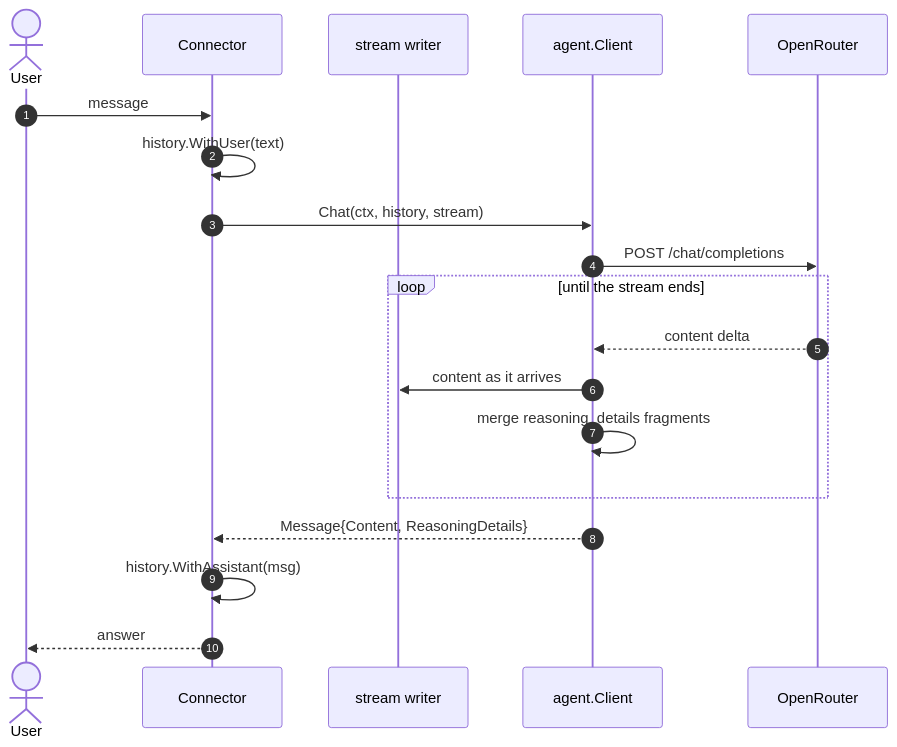
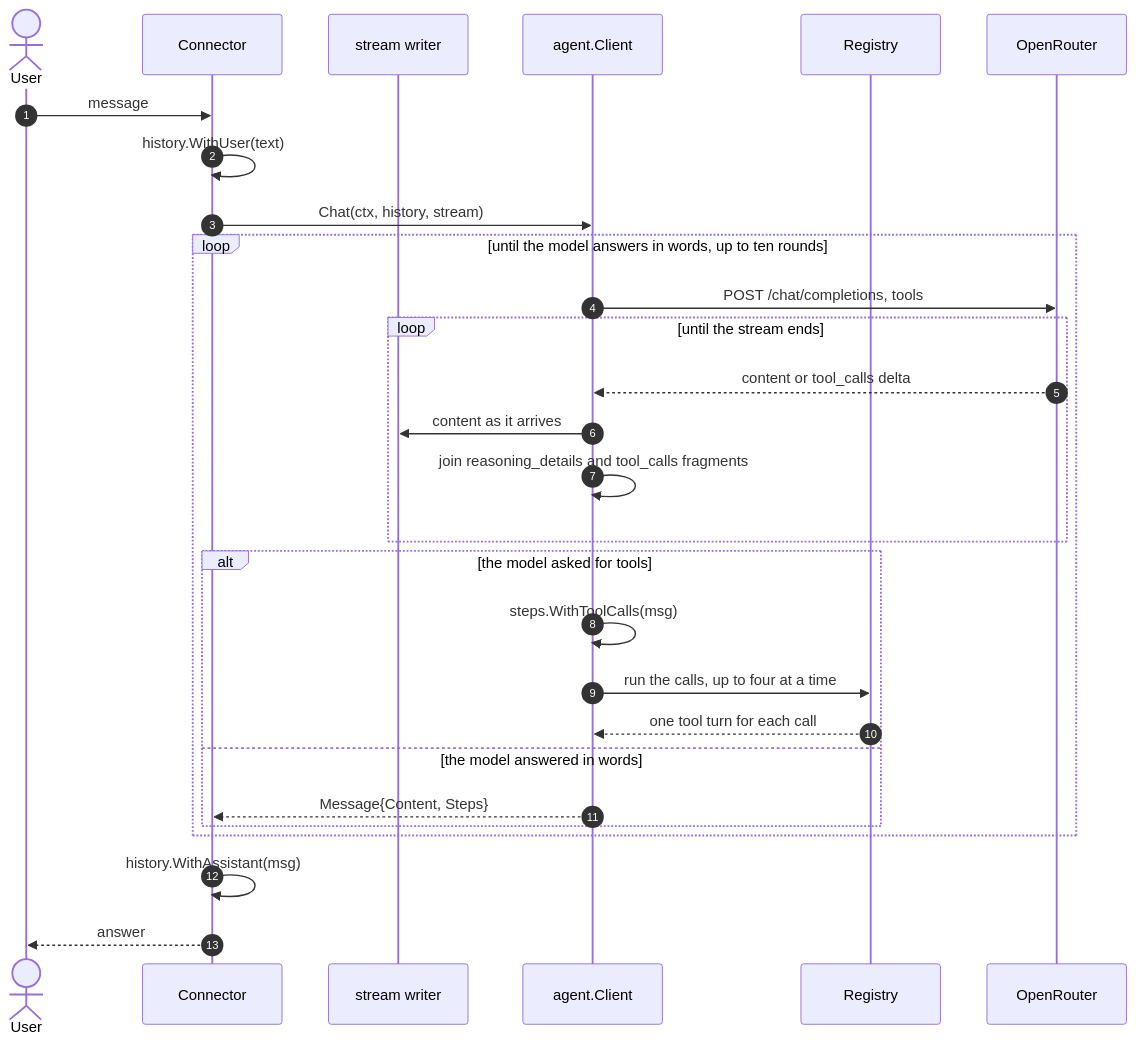
One commit to skryvets/my-agent changed the second of 2 diagrams in README.md. Above: the diagram before and after it, drawn with Mermaid. The commit also changed other lines of this file and 21 other files, not shown here.

````diff
--- a/README.md
+++ b/README.md
@@ -113,24 +155,33 @@
 ```mermaid
 sequenceDiagram
     autonumber
     actor user as User
     participant conn as Connector
     participant out as stream writer
     participant agent as agent.Client
+    participant reg as Registry
     participant api as OpenRouter
 
     user->>conn: message
     conn->>conn: history.WithUser(text)
     conn->>agent: Chat(ctx, history, stream)
-    agent->>api: POST /chat/completions
 
-    loop until the stream ends
-        api-->>agent: content delta
-        agent->>out: content as it arrives
-        agent->>agent: merge reasoning_details fragments
+    loop until the model answers in words, up to ten rounds
+        agent->>api: POST /chat/completions, tools
+        loop until the stream ends
+            api-->>agent: content or tool_calls delta
+            agent->>out: content as it arrives
+            agent->>agent: join reasoning_details and tool_calls fragments
+        end
+        alt the model asked for tools
+            agent->>agent: steps.WithToolCalls(msg)
+            agent->>reg: run the calls, up to four at a time
+            reg-->>agent: one tool turn for each call
+        else the model answered in words
+            agent-->>conn: Message{Content, Steps}
+        end
     end
 
-    agent-->>conn: Message{Content, ReasoningDetails}
     conn->>conn: history.WithAssistant(msg)
     conn-->>user: answer
 ```
````
